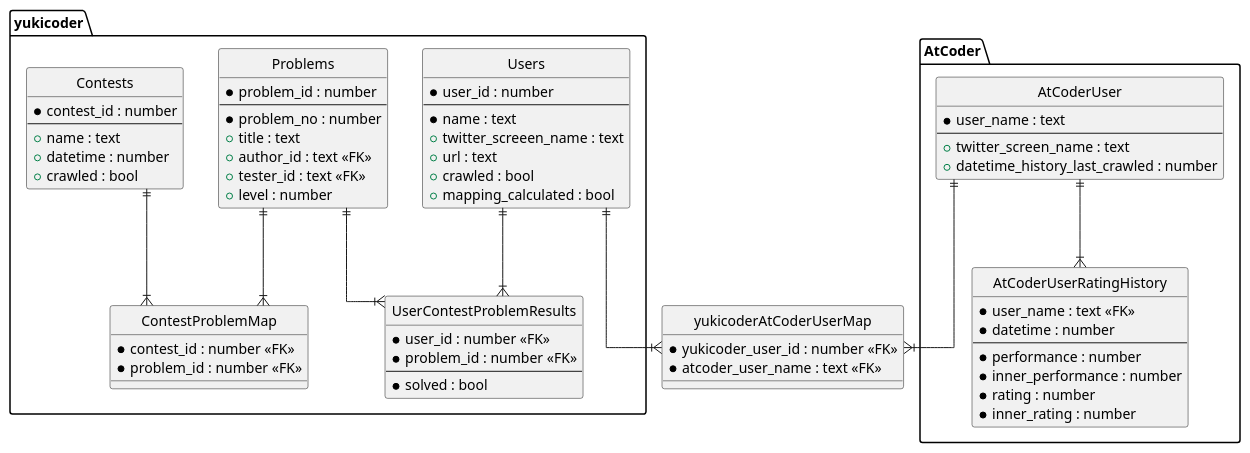
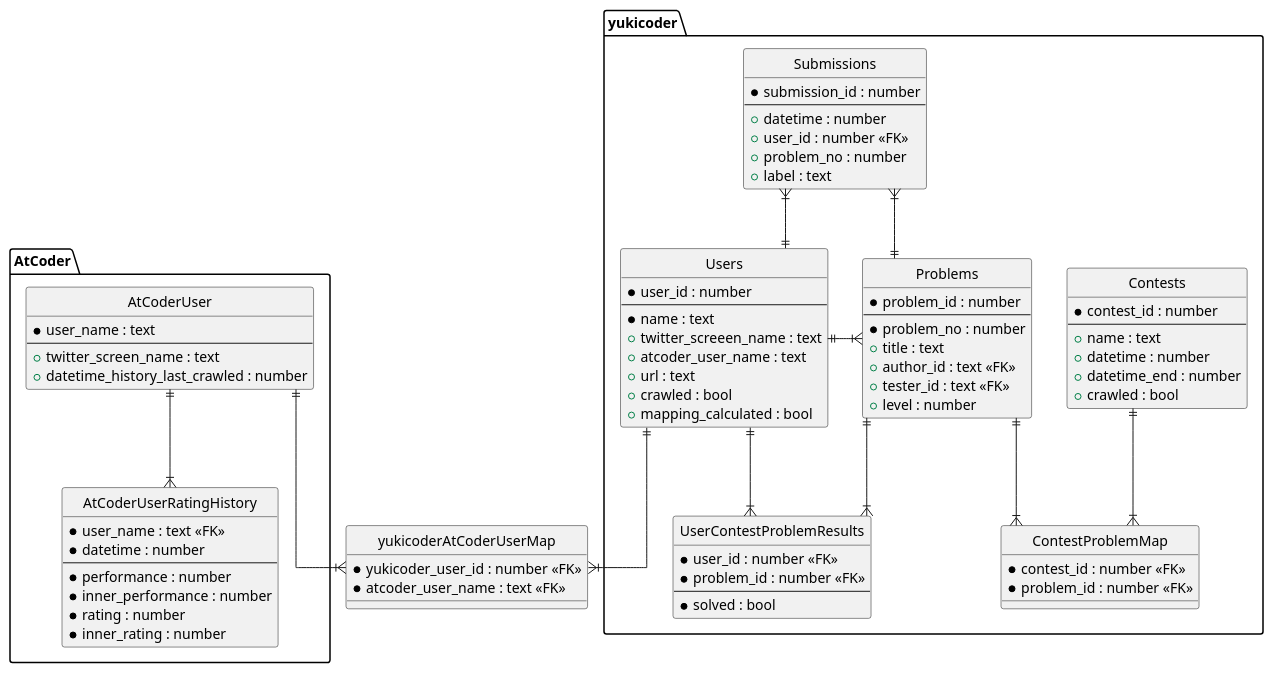
One commit to iilj/yukicoder-leaderboard-crawler changed the diagram in uml/db.pu. Above: the diagram before and after it, drawn with PlantUML. The commit also changed 4 other files, not shown here.

```diff
--- a/uml/db.pu
+++ b/uml/db.pu
@@ -1,86 +1,101 @@
 @startuml db
 
 ' hide the spot
 hide circle
 
 ' 線が角度付きにならないようにする
 skinparam linetype ortho
 
 package yukicoder {
     entity Contests {
         *contest_id : number
         --
         +name : text
         +datetime : number
+        +datetime_end : number
         +crawled : bool
     }
 
     entity Problems {
         *problem_id : number
         --
         *problem_no : number
         +title : text
         +author_id : text <<FK>>
         +tester_id : text <<FK>>
         +level : number
     }
 
     entity ContestProblemMap {
         *contest_id : number <<FK>>
         *problem_id : number <<FK>>
     }
 
     entity Users {
         *user_id : number
         --
         *name : text
         +twitter_screeen_name : text
+        +atcoder_user_name : text
         +url : text
         +crawled : bool
         +mapping_calculated : bool
     }
 
     entity UserContestProblemResults {
         *user_id : number <<FK>>
         *problem_id : number <<FK>>
         --
         *solved : bool
     }
 
+    entity Submissions {
+        *submission_id : number
+        --
+        +datetime : number
+        +user_id : number <<FK>>
+        +problem_no : number
+        +label : text
+    }
+
     Contests ||--|{ ContestProblemMap
     Problems ||--|{ ContestProblemMap
     
     Users ||--|{ UserContestProblemResults
     Problems ||--|{ UserContestProblemResults
+    Users ||-right-|{ Problems
+
+    Users ||-up-|{ Submissions
+    Problems ||-up-|{ Submissions
 }
 
 package AtCoder {
     entity AtCoderUser {
         *user_name : text
         --
         +twitter_screen_name : text
         +datetime_history_last_crawled : number
     }
 
     entity AtCoderUserRatingHistory {
         *user_name : text <<FK>>
         *datetime : number
         --
         *performance : number
         *inner_performance : number
         *rating : number
         *inner_rating : number
     }
 
     AtCoderUser ||--|{ AtCoderUserRatingHistory
 }
 
 entity yukicoderAtCoderUserMap {
     *yukicoder_user_id : number <<FK>>
     *atcoder_user_name : text <<FK>>
 }
 
 Users ||--|{ yukicoderAtCoderUserMap
 AtCoderUser ||--|{ yukicoderAtCoderUserMap
 
 @enduml
```
